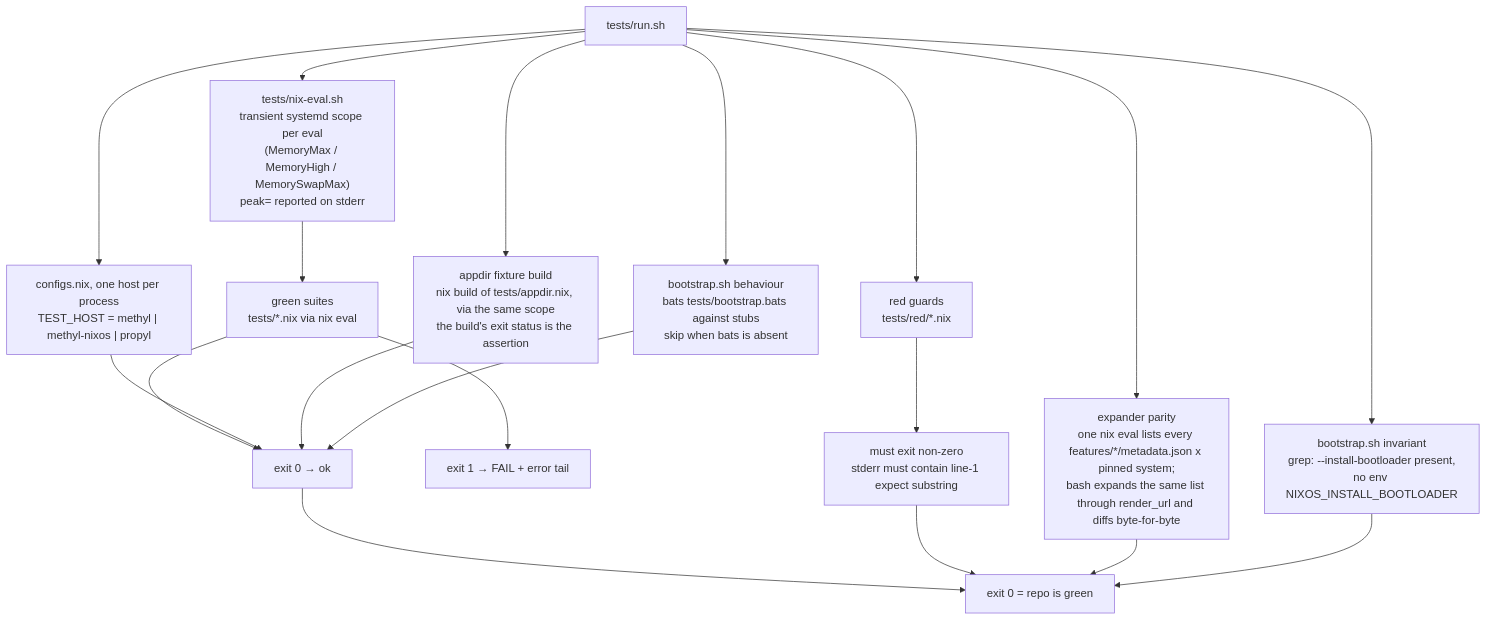
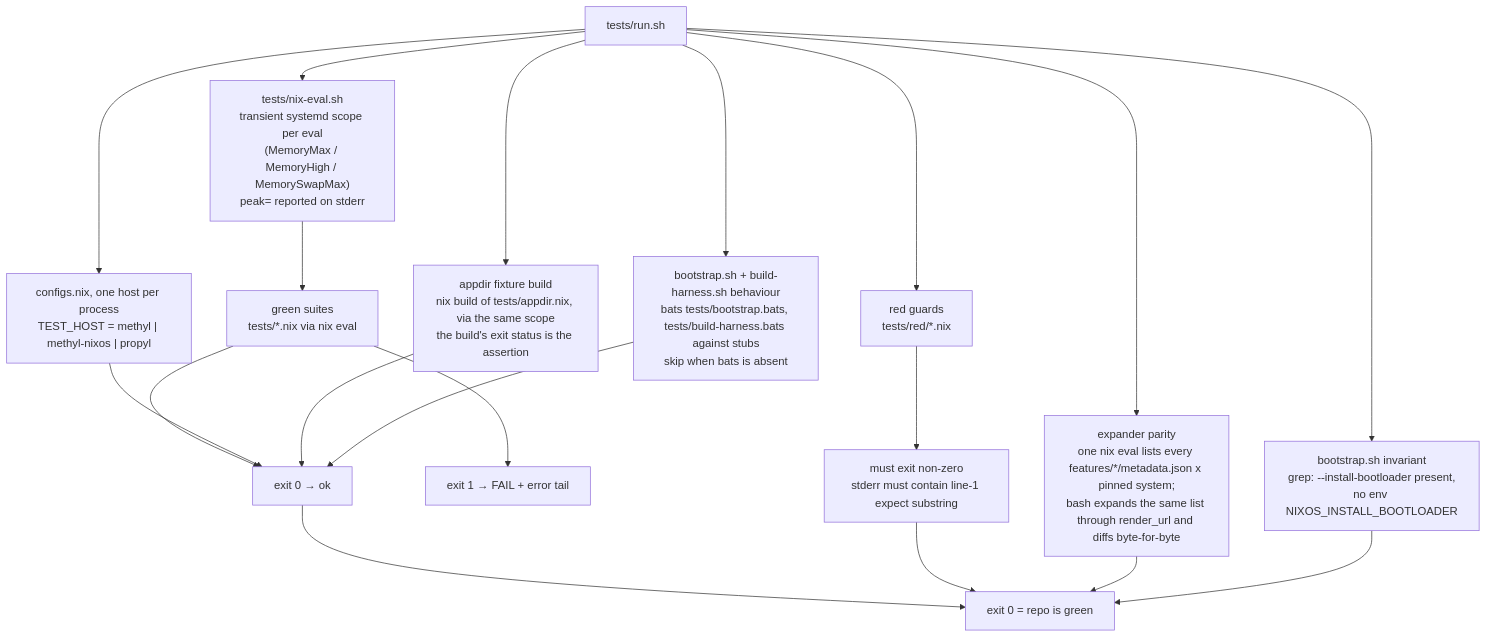
The first of 5 diagrams in TEST_DESIGN.md (WombatFromHell/automatic-palm-tree), drawn with Mermaid before and after one commit. The commit also changed other lines of this file and 8 other files, not shown here.

````diff
--- a/TEST_DESIGN.md
+++ b/TEST_DESIGN.md
@@ -11,21 +11,21 @@
 ```mermaid
 flowchart TD
   R["tests/run.sh"] --> N["tests/nix-eval.sh<br/>transient systemd scope per eval<br/>(MemoryMax / MemoryHigh / MemorySwapMax)<br/>peak= reported on stderr"]
   N --> G["green suites<br/>tests/*.nix via nix eval"]
   G --> G1["exit 0 → ok"]
   G --> G2["exit 1 → FAIL + error tail"]
   R --> C["configs.nix, one host per process<br/>TEST_HOST = methyl | methyl-nixos | propyl"]
   C --> G1
   R --> D["red guards<br/>tests/red/*.nix"]
   D --> D1["must exit non-zero<br/>stderr must contain line-1 expect substring"]
   R --> P["expander parity<br/>one nix eval lists every features/*/metadata.json x pinned system;<br/>bash expands the same list through render_url and diffs byte-for-byte"]
   R --> B["bootstrap.sh invariant<br/>grep: --install-bootloader present,<br/>no env NIXOS_INSTALL_BOOTLOADER"]
   R --> A["appdir fixture build<br/>nix build of tests/appdir.nix, via the same scope<br/>the build's exit status is the assertion"]
   A --> G1
-  R --> I["bootstrap.sh behaviour<br/>bats tests/bootstrap.bats against stubs<br/>skip when bats is absent"]
+  R --> I["bootstrap.sh + build-harness.sh behaviour<br/>bats tests/bootstrap.bats, tests/build-harness.bats against stubs<br/>skip when bats is absent"]
   I --> G1
   G1 --> X["exit 0 = repo is green"]
   D1 --> X
   P --> X
   B --> X
 ```
````
